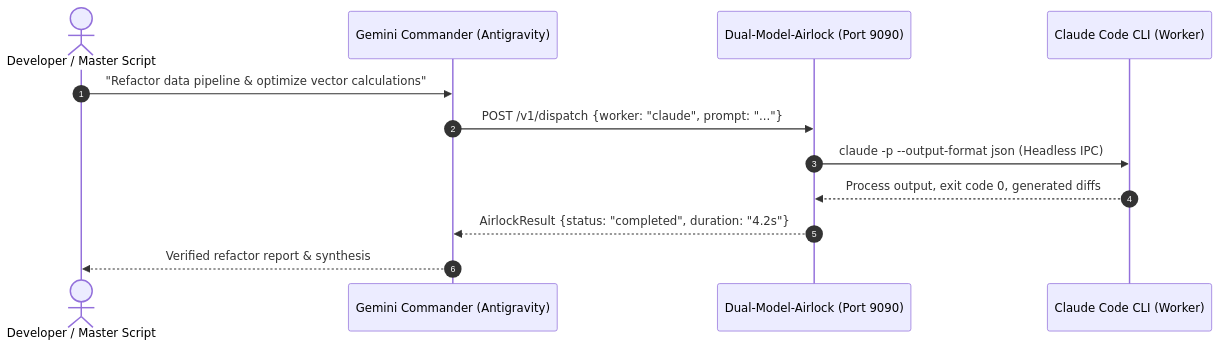
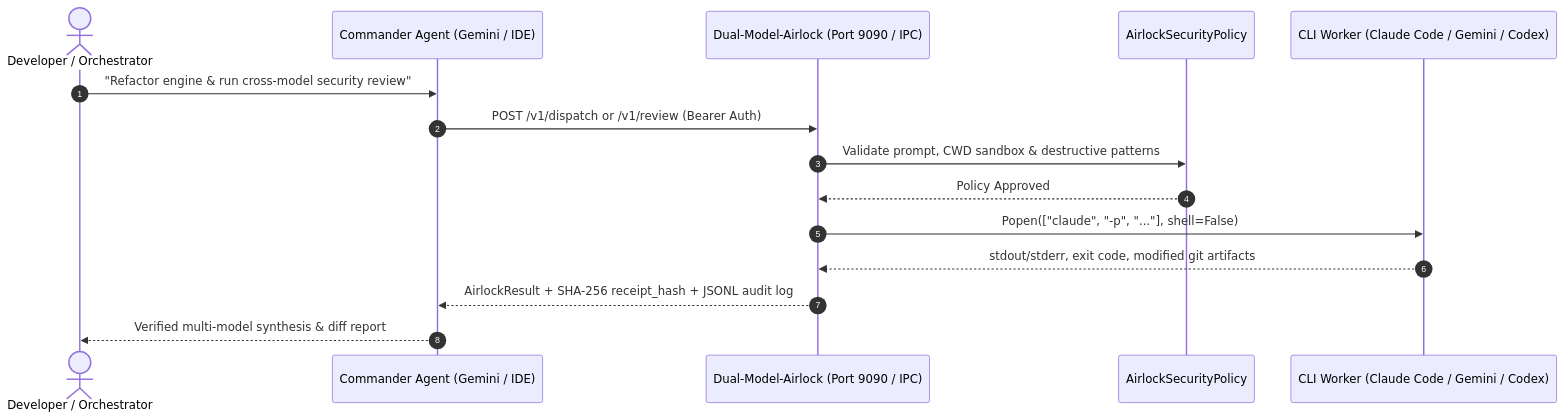
One commit to TrishulaSoftware/Dual-Model-Airlock changed the diagram in README.md. Above: the diagram before and after it, drawn with Mermaid. The commit also changed other lines of this file and 9 other files, not shown here.

Commit message:
feat(v2.0): SWOT hardening, multi-CLI discovery, adversarial review, security gate, SKILL.md & CI

````diff
--- a/README.md
+++ b/README.md
@@ -26,15 +32,18 @@
 ```mermaid
 sequenceDiagram
     autonumber
-    actor Dev as Developer / Master Script
-    participant Gem as Gemini Commander (Antigravity)
-    participant Air as Dual-Model-Airlock (Port 9090)
-    participant Cld as Claude Code CLI (Worker)
+    actor Dev as Developer / Orchestrator
+    participant Gem as Commander Agent (Gemini / IDE)
+    participant Air as Dual-Model-Airlock (Port 9090 / IPC)
+    participant Gate as AirlockSecurityPolicy
+    participant Wkr as CLI Worker (Claude Code / Gemini / Codex)
 
-    Dev->>Gem: "Refactor data pipeline & optimize vector calculations"
-    Gem->>Air: POST /v1/dispatch {worker: "claude", prompt: "..."}
-    Air->>Cld: claude -p --output-format json (Headless IPC)
-    Cld-->>Air: Process output, exit code 0, generated diffs
-    Air-->>Gem: AirlockResult {status: "completed", duration: "4.2s"}
-    Gem-->>Dev: Verified refactor report & synthesis
+    Dev->>Gem: "Refactor engine & run cross-model security review"
+    Gem->>Air: POST /v1/dispatch or /v1/review (Bearer Auth)
+    Air->>Gate: Validate prompt, CWD sandbox & destructive patterns
+    Gate-->>Air: Policy Approved
+    Air->>Wkr: Popen(["claude", "-p", "..."], shell=False)
+    Wkr-->>Air: stdout/stderr, exit code, modified git artifacts
+    Air-->>Gem: AirlockResult + SHA-256 receipt_hash + JSONL audit log
+    Gem-->>Dev: Verified multi-model synthesis & diff report
 ```
````
